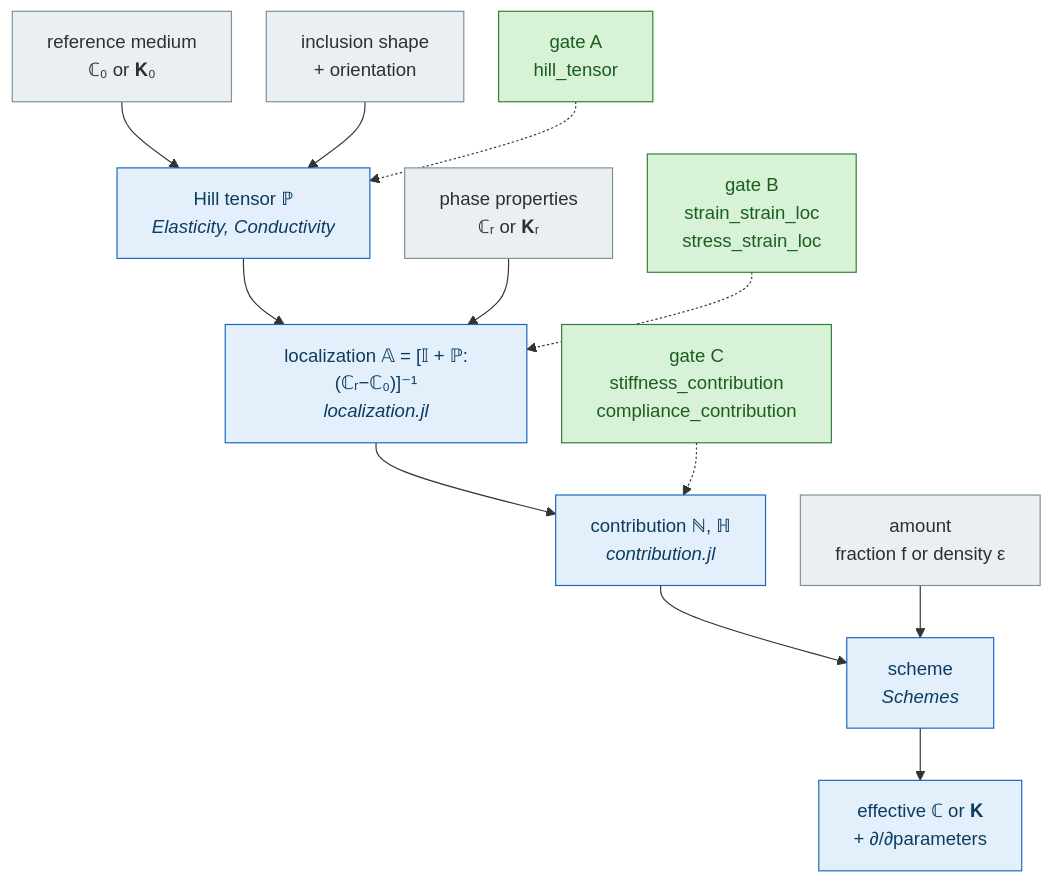
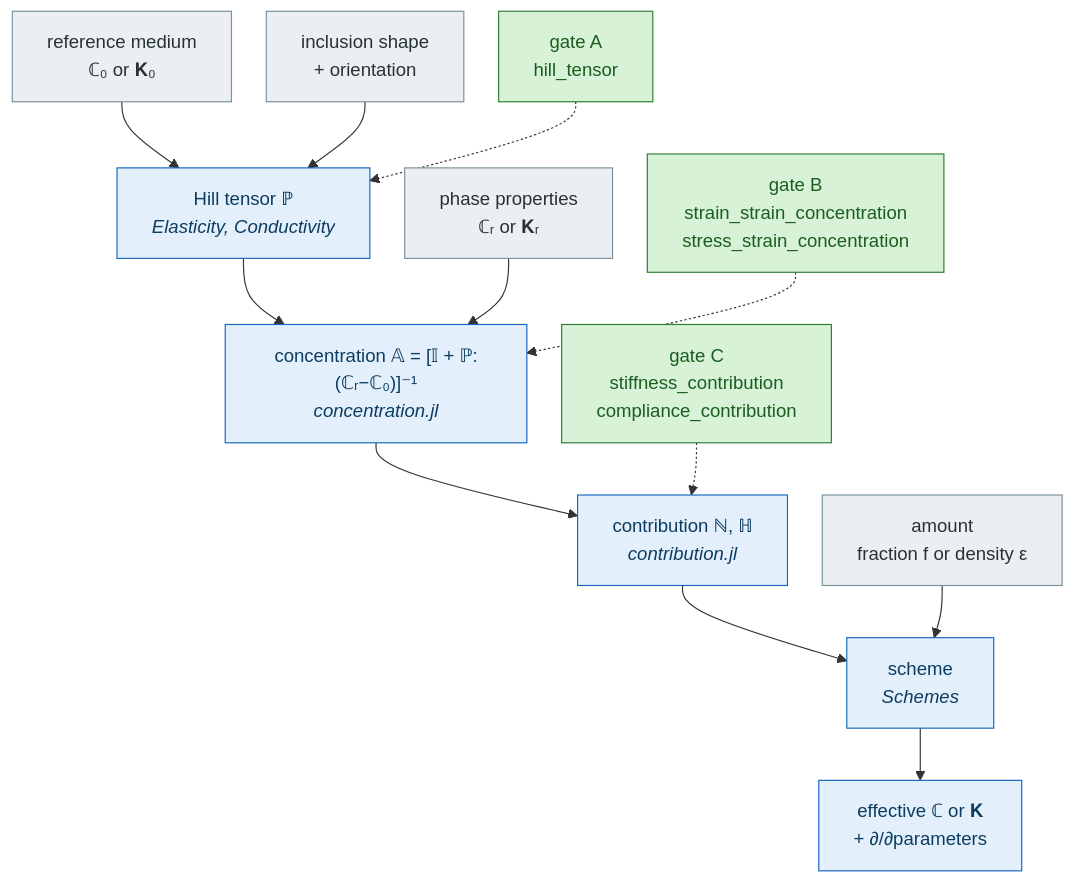
Before and after one commit to MicroPoroChemoMechanics/MeanFieldHomogenization.jl: the diagram in docs/src/theory/index.md, drawn with Mermaid. The commit also changed other lines of this file and 226 other files, not shown here.

````diff
--- a/docs/src/theory/index.md
+++ b/docs/src/theory/index.md
@@ -42,34 +42,34 @@
 ```mermaid
 %%{init: {"flowchart": {"useMaxWidth": false, "nodeSpacing": 30, "rankSpacing": 45}} }%%
 flowchart TB
     C0["reference medium<br/>ℂ₀ or 𝐊₀"]
     SHAPE["inclusion shape<br/>+ orientation"]
     PROP["phase properties<br/>ℂᵣ or 𝐊ᵣ"]
     AMOUNT["amount<br/>fraction f or density ε"]
 
     P["Hill tensor ℙ<br/><i>Elasticity, Conductivity</i>"]
-    A["localization 𝔸 = [𝕀 + ℙ:(ℂᵣ−ℂ₀)]⁻¹<br/><i>localization.jl</i>"]
+    A["concentration 𝔸 = [𝕀 + ℙ:(ℂᵣ−ℂ₀)]⁻¹<br/><i>concentration.jl</i>"]
     N["contribution ℕ, ℍ<br/><i>contribution.jl</i>"]
     S["scheme<br/><i>Schemes</i>"]
     EFF["effective ℂ or 𝐊<br/>+ ∂/∂parameters"]
 
     C0 --> P
     SHAPE --> P
     P --> A
     PROP --> A
     A --> N
     N --> S
     AMOUNT --> S
     S --> EFF
 
     GA["gate A<br/>hill_tensor"] -.-> P
-    GB["gate B<br/>strain_strain_loc<br/>stress_strain_loc"] -.-> A
+    GB["gate B<br/>strain_strain_concentration<br/>stress_strain_concentration"] -.-> A
     GC["gate C<br/>stiffness_contribution<br/>compliance_contribution"] -.-> N
 
     classDef ext fill:#d7f2d7,stroke:#2e7d32,color:#1b5e20
     classDef inbox fill:#eceff1,stroke:#78909c,color:#263238
     classDef comp fill:#e3f0fb,stroke:#1565c0,color:#0d3c61
     class C0,SHAPE,AMOUNT,PROP inbox
     class GA,GB,GC ext
     class P,A,N,S,EFF comp
 ```
````
